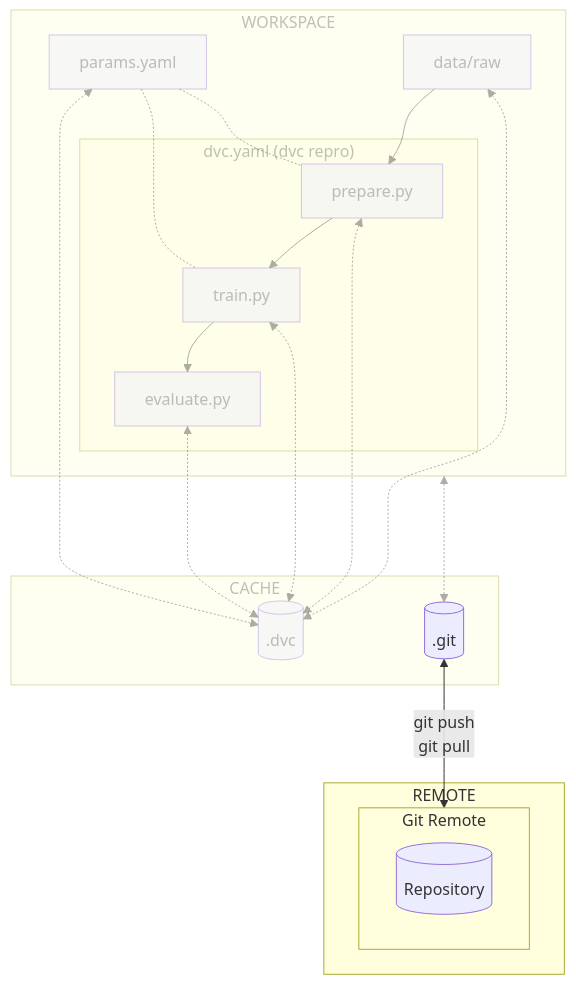
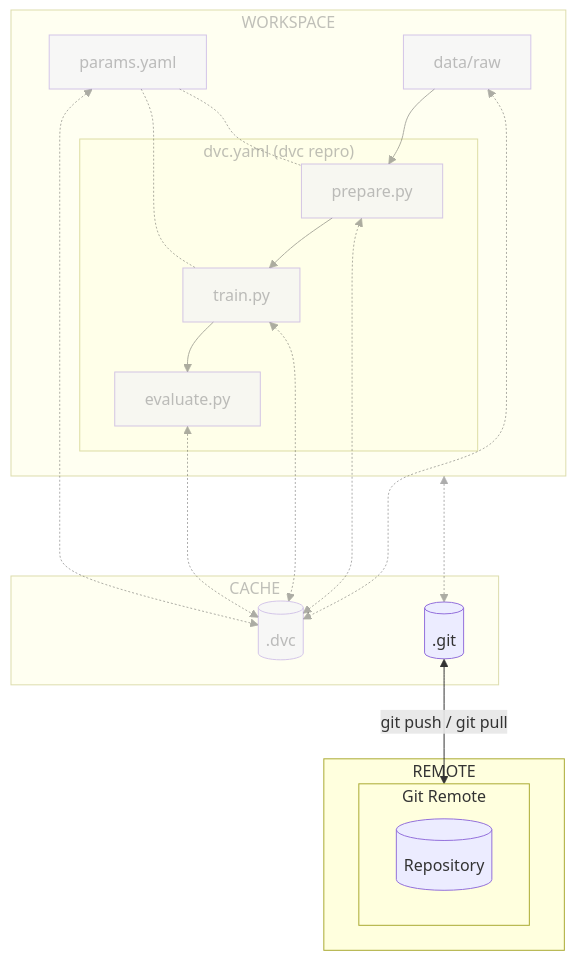
The diagram in docs/part-2-move-the-model-to-the-cloud/chapter-6-move-the-ml-experiment-code-to-the-cloud.md (swiss-ai-center/a-guide-to-mlops), drawn with Mermaid before and after one commit. The commit also changed 4 other files, not shown here.

Commit message:
Replace broken new lines in graphs in part 2

````diff
--- a/docs/part-2-move-the-model-to-the-cloud/chapter-6-move-the-ml-experiment-code-to-the-cloud.md
+++ b/docs/part-2-move-the-model-to-the-cloud/chapter-6-move-the-ml-experiment-code-to-the-cloud.md
@@ -16,49 +16,49 @@
 ```mermaid
 flowchart TB
     dot_dvc[(.dvc)]
-    dot_git[(.git)] <-->|git push\ngit pull| gitGraph[Git Remote]
+    dot_git[(.git)] <-->|git push / git pull| gitGraph[Git Remote]
     workspaceGraph <-....-> dot_git
     data[data/raw] <-.-> dot_dvc
     subgraph remoteGraph[REMOTE]
         subgraph gitGraph[Git Remote]
             repository[(Repository)]
         end
     end
     subgraph cacheGraph[CACHE]
         dot_dvc
         dot_git
     end
     subgraph workspaceGraph[WORKSPACE]
         prepare[prepare.py] <-.-> dot_dvc
         train[train.py] <-.-> dot_dvc
         evaluate[evaluate.py] <-.-> dot_dvc
         data --> prepare
         subgraph dvcGraph["dvc.yaml (dvc repro)"]
             prepare --> train
             train --> evaluate
         end
         params[params.yaml] -.- prepare
         params -.- train
         params <-.-> dot_dvc
     end
     style workspaceGraph opacity:0.4,color:#7f7f7f80
     style dvcGraph opacity:0.4,color:#7f7f7f80
     style cacheGraph opacity:0.4,color:#7f7f7f80
     style dot_dvc opacity:0.4,color:#7f7f7f80
     style data opacity:0.4,color:#7f7f7f80
     style prepare opacity:0.4,color:#7f7f7f80
     style train opacity:0.4,color:#7f7f7f80
     style evaluate opacity:0.4,color:#7f7f7f80
     style params opacity:0.4,color:#7f7f7f80
     linkStyle 1 opacity:0.4,color:#7f7f7f80
     linkStyle 2 opacity:0.4,color:#7f7f7f80
     linkStyle 3 opacity:0.4,color:#7f7f7f80
     linkStyle 4 opacity:0.4,color:#7f7f7f80
     linkStyle 5 opacity:0.4,color:#7f7f7f80
     linkStyle 6 opacity:0.4,color:#7f7f7f80
     linkStyle 7 opacity:0.4,color:#7f7f7f80
     linkStyle 8 opacity:0.4,color:#7f7f7f80
     linkStyle 9 opacity:0.4,color:#7f7f7f80
     linkStyle 10 opacity:0.4,color:#7f7f7f80
     linkStyle 11 opacity:0.4,color:#7f7f7f80
 ```
````
